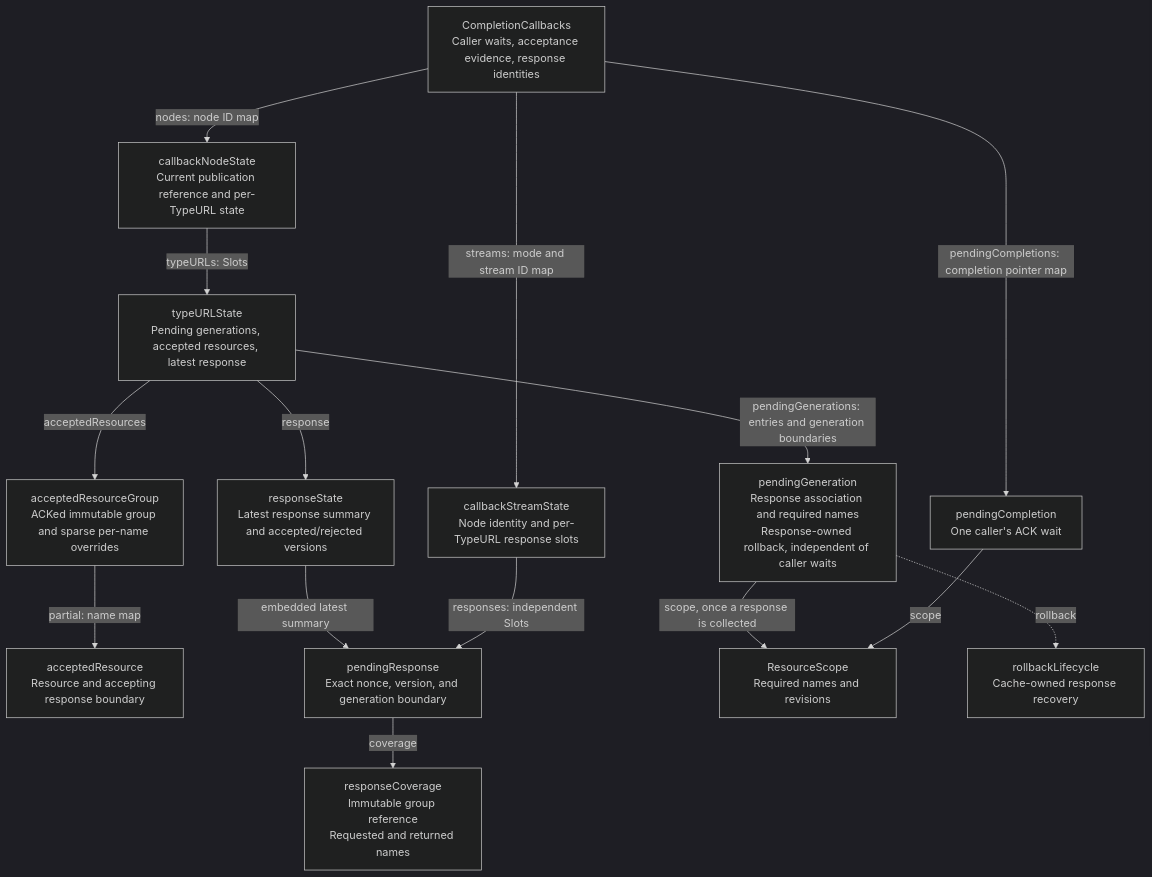
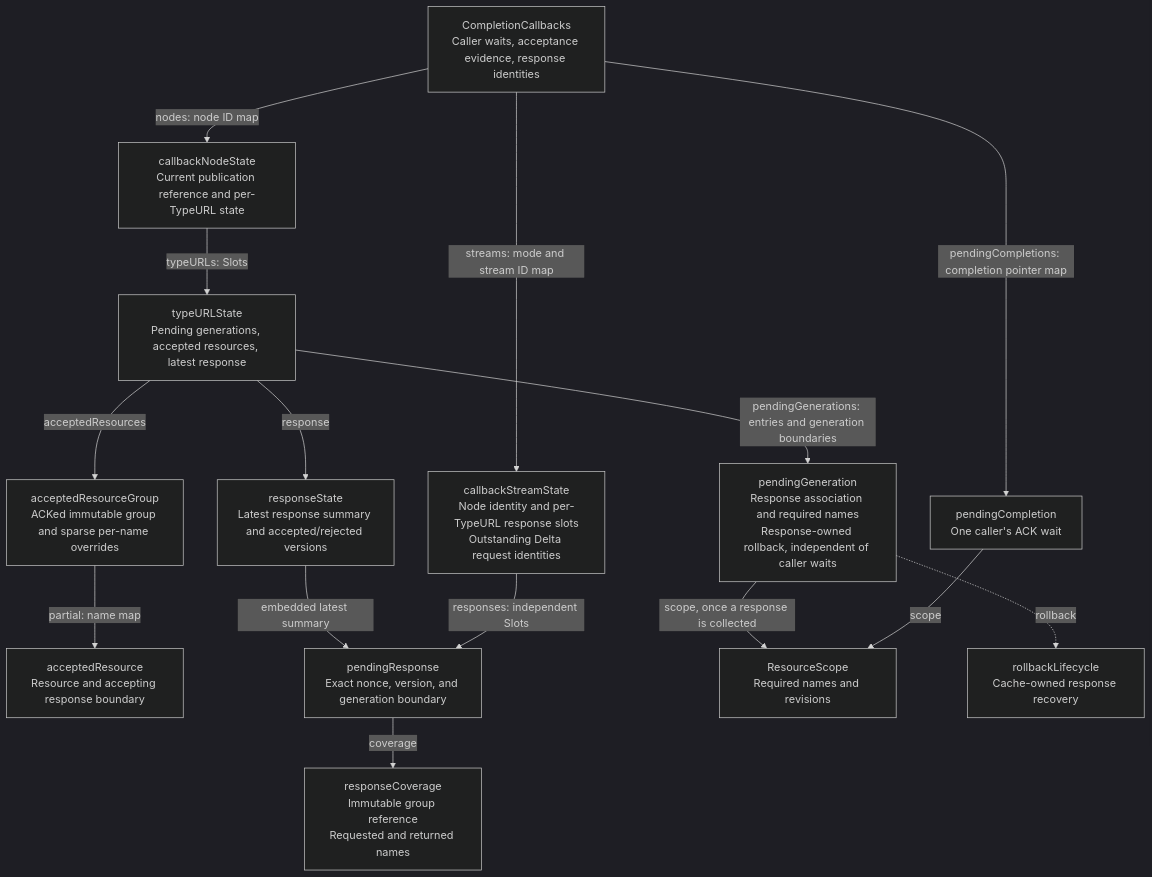
One commit to cilium/cilium changed the third of 4 diagrams in pkg/envoy/xdsnew/design.md. Above: the diagram before and after it, drawn with Mermaid (dark theme). The commit also changed other lines of this file and 14 other files, not shown here.

````diff
--- a/pkg/envoy/xdsnew/design.md
+++ b/pkg/envoy/xdsnew/design.md
@@ -295,31 +331,31 @@
 ```mermaid
 flowchart TD
     callbacks["CompletionCallbacks<br/>Caller waits, acceptance evidence, response identities"]
     node["callbackNodeState<br/>Current publication reference and per-TypeURL state"]
     types["typeURLState<br/>Pending generations, accepted resources, latest response"]
     accepted["acceptedResourceGroup<br/>ACKed immutable group and sparse per-name overrides"]
     override["acceptedResource<br/>Resource and accepting response boundary"]
     latest["responseState<br/>Latest response summary and accepted/rejected versions"]
     generation["pendingGeneration<br/>Response association and required names<br/>Response-owned rollback, independent of caller waits"]
-    stream["callbackStreamState<br/>Node identity and per-TypeURL response slots"]
+    stream["callbackStreamState<br/>Node identity and per-TypeURL response slots<br/>Outstanding Delta request identities"]
     response["pendingResponse<br/>Exact nonce, version, and generation boundary"]
     coverage["responseCoverage<br/>Immutable group reference<br/>Requested and returned names"]
     wait["pendingCompletion<br/>One caller's ACK wait"]
     scope["ResourceScope<br/>Required names and revisions"]
     rollback["rollbackLifecycle<br/>Cache-owned response recovery"]
 
     callbacks -->|nodes: node ID map| node
     node -->|typeURLs: Slots| types
     types -->|acceptedResources| accepted
     accepted -->|partial: name map| override
     types -->|response| latest
     latest -->|embedded latest summary| response
     types -->|pendingGenerations: entries and generation boundaries| generation
     generation -.->|rollback| rollback
     generation -->|scope, once a response is collected| scope
     callbacks -->|streams: mode and stream ID map| stream
     stream -->|responses: independent Slots| response
     response -->|coverage| coverage
     callbacks -->|pendingCompletions: completion pointer map| wait
     wait -->|scope| scope
 ```
````
